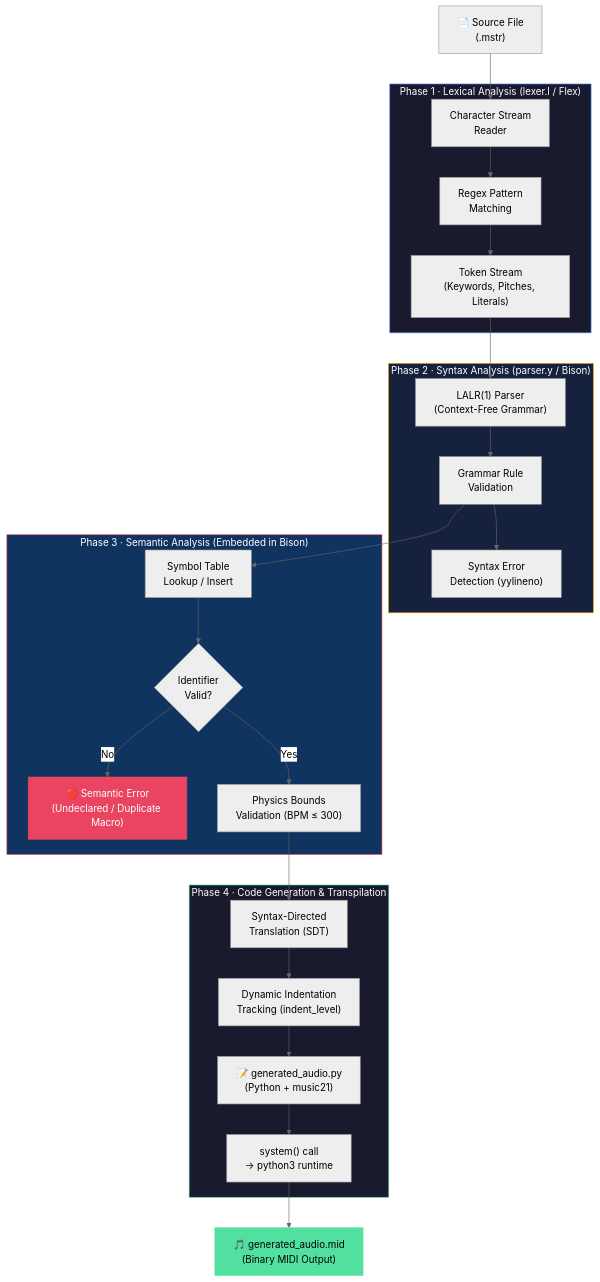
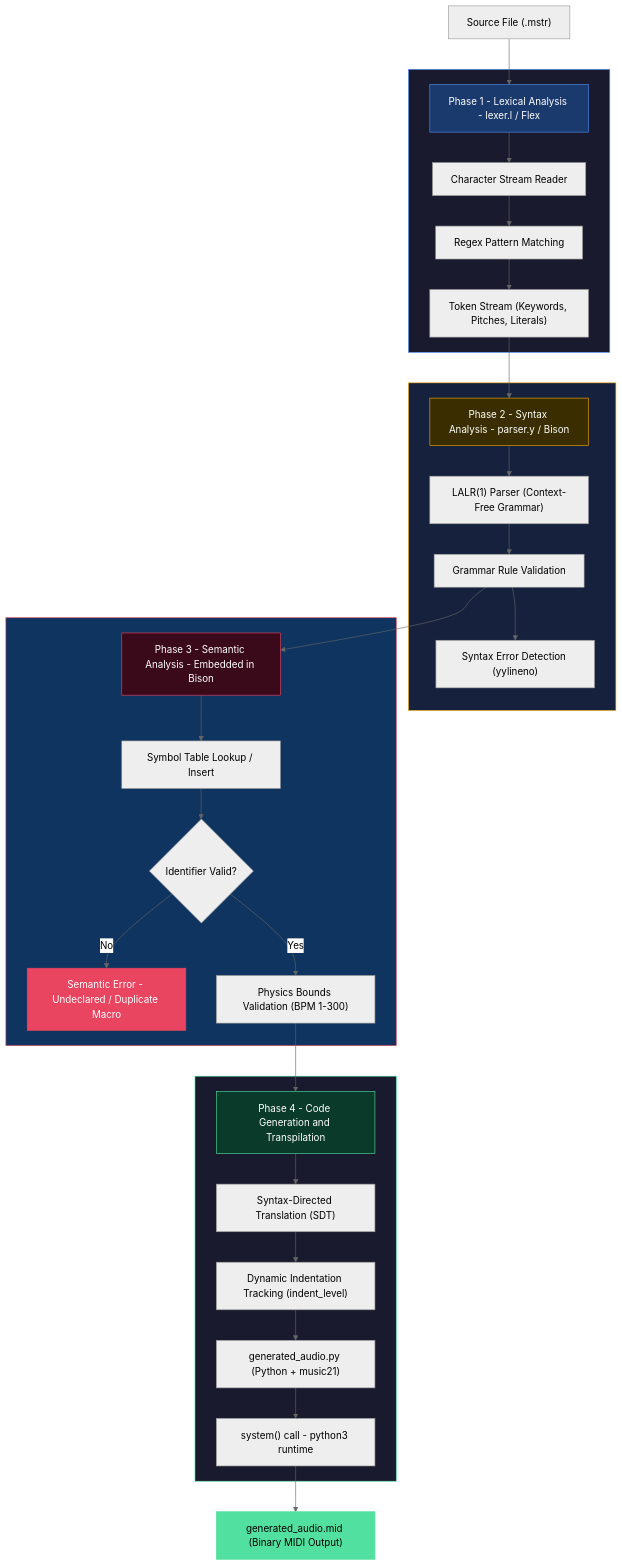
The first of 2 diagrams in README.md (simply-mihir/Maestrolang), drawn with Mermaid (neutral theme) before and after one commit. The commit also changed other lines of this file, not shown here.

Commit message:
Refactor README headers and formatting
Updated section headers and improved formatting in the README.

````diff
--- a/README.md
+++ b/README.md
@@ -67,45 +67,57 @@
 ```mermaid
 graph TD
-    A["📄 Source File\n(.mstr)"] --> B
+    A["Source File (.mstr)"] --> PH1
 
-    subgraph Phase1["Phase 1 · Lexical Analysis  (lexer.l / Flex)"]
-        B["Character Stream\nReader"]
-        B --> C["Regex Pattern\nMatching"]
-        C --> D["Token Stream\n(Keywords, Pitches, Literals)"]
+    subgraph Phase1[" "]
+        PH1["Phase 1 - Lexical Analysis - lexer.l / Flex"]
+        PH1 --> B
+        B["Character Stream Reader"]
+        B --> C["Regex Pattern Matching"]
+        C --> D["Token Stream (Keywords, Pitches, Literals)"]
     end
 
-    D --> E
+    D --> PH2
 
-    subgraph Phase2["Phase 2 · Syntax Analysis  (parser.y / Bison)"]
-        E["LALR(1) Parser\n(Context-Free Grammar)"]
-        E --> F["Grammar Rule\nValidation"]
-        F --> G["Syntax Error\nDetection (yylineno)"]
+    subgraph Phase2[" "]
+        PH2["Phase 2 - Syntax Analysis - parser.y / Bison"]
+        PH2 --> E
+        E["LALR(1) Parser (Context-Free Grammar)"]
+        E --> F["Grammar Rule Validation"]
+        F --> G["Syntax Error Detection (yylineno)"]
     end
 
-    F --> H
+    F --> PH3
 
-    subgraph Phase3["Phase 3 · Semantic Analysis  (Embedded in Bison)"]
-        H["Symbol Table\nLookup / Insert"]
-        H --> I{"Identifier\nValid?"}
-        I -- "No" --> J["🔴 Semantic Error\n(Undeclared / Duplicate Macro)"]
-        I -- "Yes" --> K["Physics Bounds\nValidation (BPM ≤ 300)"]
+    subgraph Phase3[" "]
+        PH3["Phase 3 - Semantic Analysis - Embedded in Bison"]
+        PH3 --> H
+        H["Symbol Table Lookup / Insert"]
+        H --> I{"Identifier Valid?"}
+        I -- "No" --> J["Semantic Error - Undeclared / Duplicate Macro"]
+        I -- "Yes" --> K["Physics Bounds Validation (BPM 1-300)"]
     end
 
-    K --> L
+    K --> PH4
 
-    subgraph Phase4["Phase 4 · Code Generation & Transpilation"]
-        L["Syntax-Directed\nTranslation (SDT)"]
-        L --> M["Dynamic Indentation\nTracking (indent_level)"]
-        M --> N["📝 generated_audio.py\n(Python + music21)"]
-        N --> O["system() call\n→ python3 runtime"]
+    subgraph Phase4[" "]
+        PH4["Phase 4 - Code Generation and Transpilation"]
+        PH4 --> L
+        L["Syntax-Directed Translation (SDT)"]
+        L --> M["Dynamic Indentation Tracking (indent_level)"]
+        M --> N["generated_audio.py (Python + music21)"]
+        N --> O["system() call - python3 runtime"]
     end
 
-    O --> P["🎵 generated_audio.mid\n(Binary MIDI Output)"]
+    O --> P["generated_audio.mid (Binary MIDI Output)"]
 
     style Phase1 fill:#1a1a2e,stroke:#4f8ef7,color:#fff
     style Phase2 fill:#16213e,stroke:#f7a800,color:#fff
     style Phase3 fill:#0f3460,stroke:#e94560,color:#fff
     style Phase4 fill:#1a1a2e,stroke:#52e0a1,color:#fff
     style J fill:#e94560,stroke:#e94560,color:#fff
     style P fill:#52e0a1,stroke:#52e0a1,color:#000
+    style PH1 fill:#1a3a6e,stroke:#4f8ef7,color:#fff
+    style PH2 fill:#3a2e00,stroke:#f7a800,color:#fff
+    style PH3 fill:#3a0a1a,stroke:#e94560,color:#fff
+    style PH4 fill:#0a3a2a,stroke:#52e0a1,color:#fff
 ```
````
